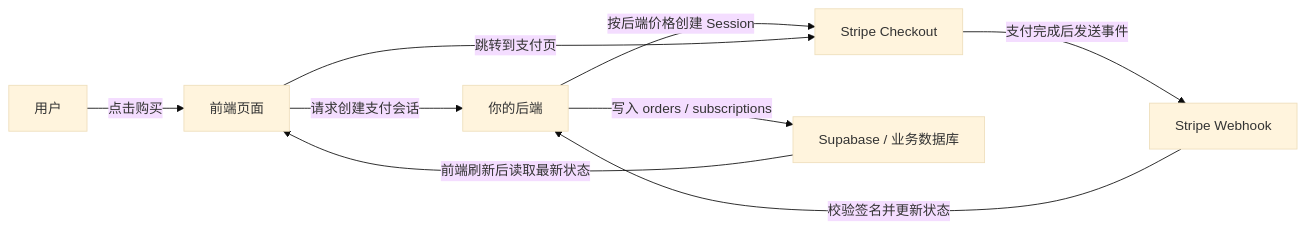
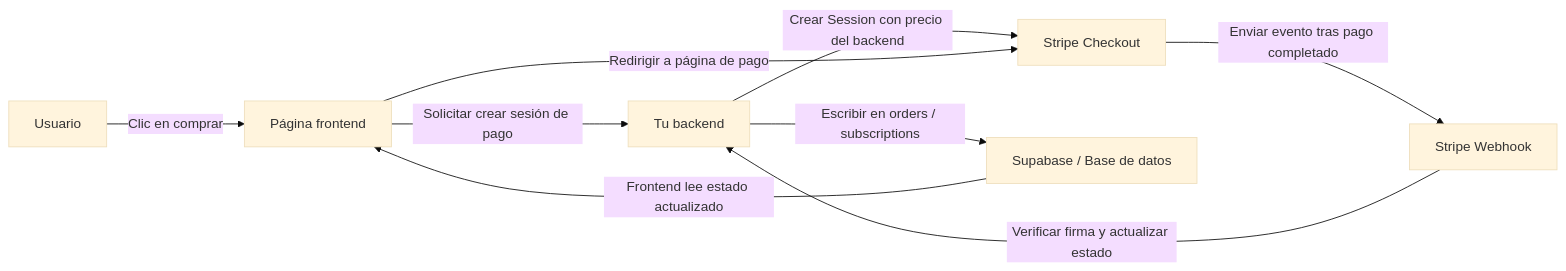
Before and after one commit to sketchymonk/easy-vibe: the first of 6 diagrams in docs/es-es/stage-2/backend/stripe-payment/index.md, drawn with Mermaid (base theme). The commit also changed other lines of this file and 59 other files, not shown here.

````diff
--- a/docs/es-es/stage-2/backend/stripe-payment/index.md
+++ b/docs/es-es/stage-2/backend/stripe-payment/index.md
@@ -87,18 +87,18 @@
 ```mermaid
 flowchart LR
-  user["用户"]
-  frontend["前端页面"]
-  backend["你的后端"]
+  user["Usuario"]
+  frontend["Página frontend"]
+  backend["Tu backend"]
   checkout["Stripe Checkout"]
   webhook["Stripe Webhook"]
-  db["Supabase / 业务数据库"]
+  db["Supabase / Base de datos"]
 
-  user -->|"点击购买"| frontend
-  frontend -->|"请求创建支付会话"| backend
-  backend -->|"按后端价格创建 Session"| checkout
-  frontend -->|"跳转到支付页"| checkout
-  checkout -->|"支付完成后发送事件"| webhook
-  webhook -->|"校验签名并更新状态"| backend
-  backend -->|"写入 orders / subscriptions"| db
-  db -->|"前端刷新后读取最新状态"| frontend
+  user -->|"Clic en comprar"| frontend
+  frontend -->|"Solicitar crear sesión de pago"| backend
+  backend -->|"Crear Session con precio del backend"| checkout
+  frontend -->|"Redirigir a página de pago"| checkout
+  checkout -->|"Enviar evento tras pago completado"| webhook
+  webhook -->|"Verificar firma y actualizar estado"| backend
+  backend -->|"Escribir en orders / subscriptions"| db
+  db -->|"Frontend lee estado actualizado"| frontend
 ```
````
